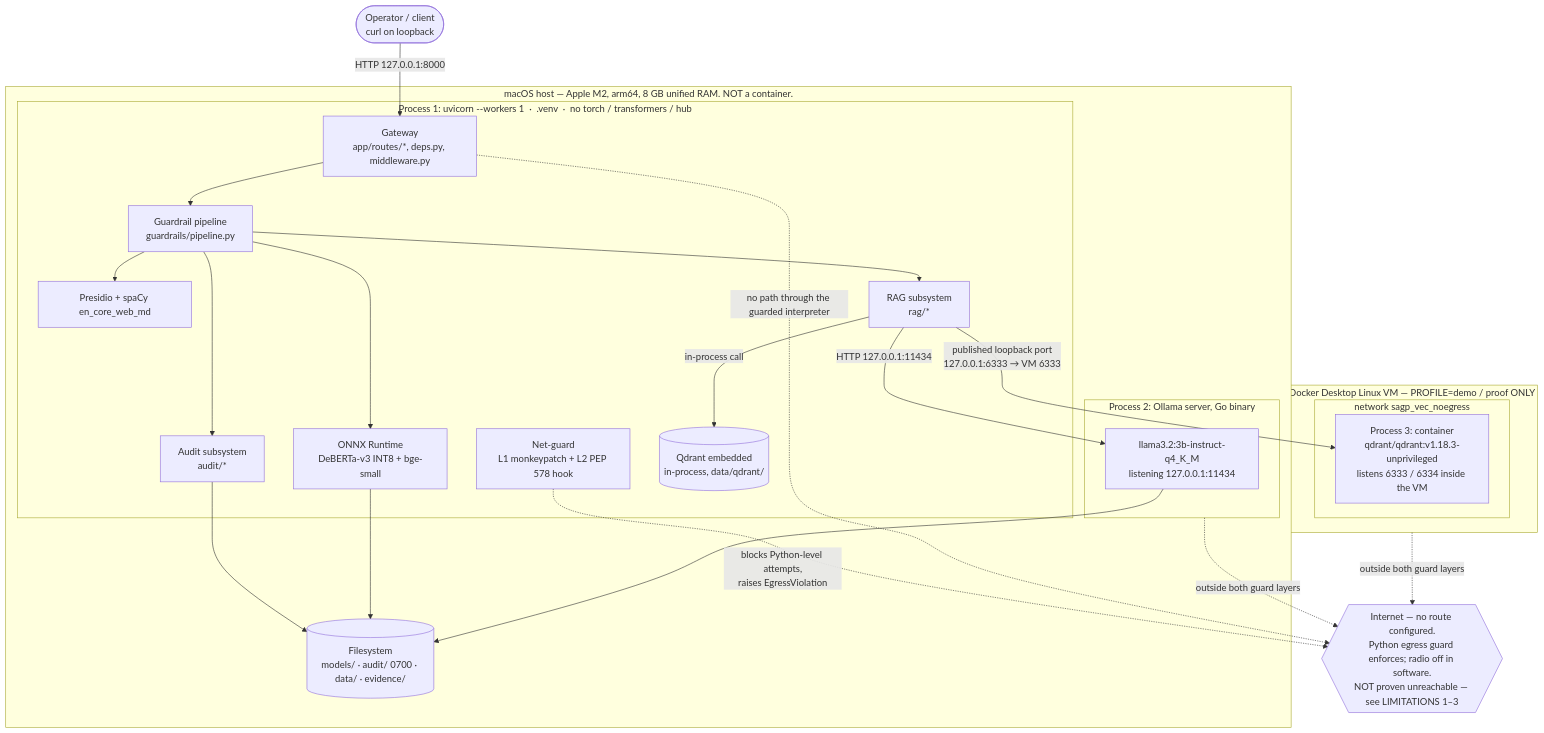
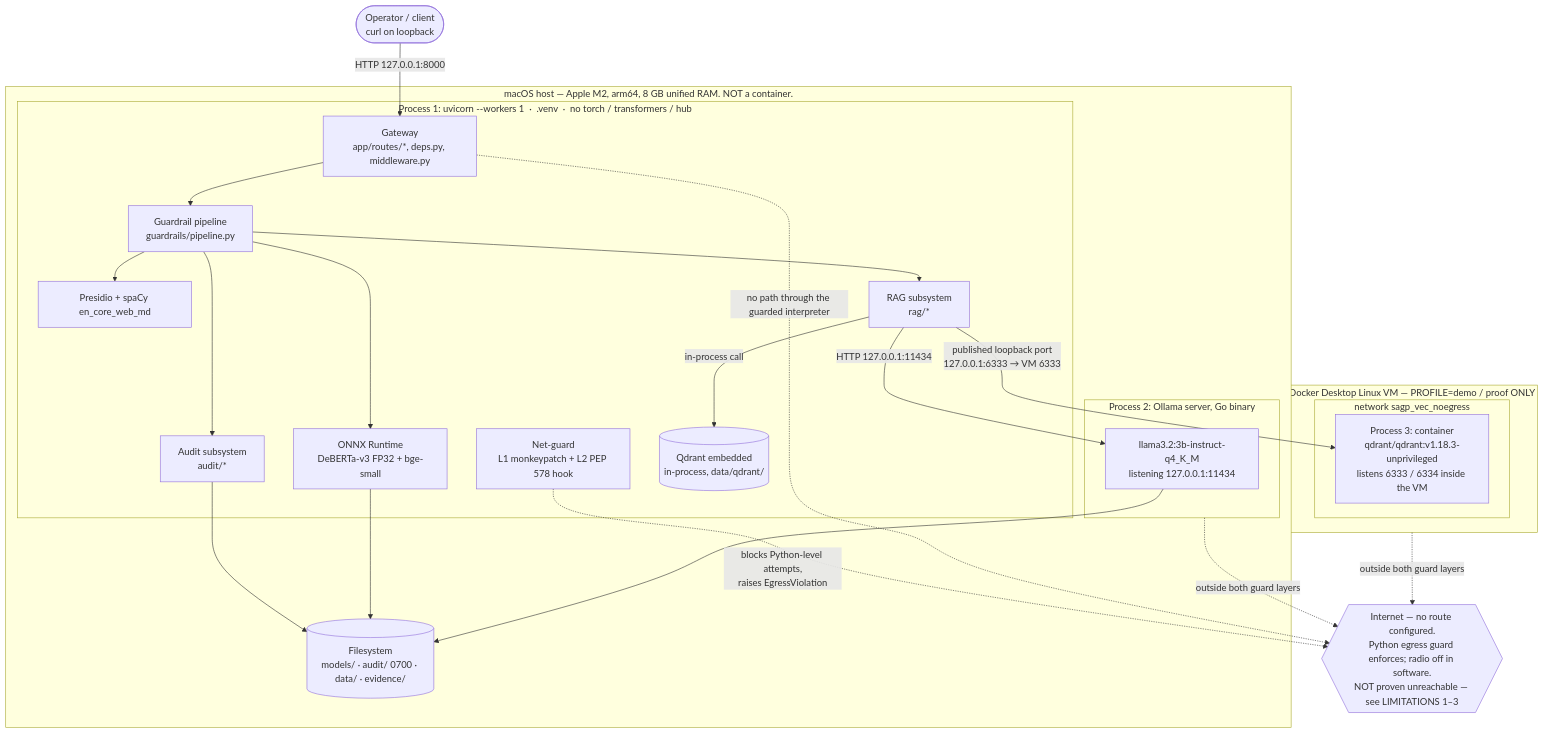
Before and after one commit to Tanishpd/secure-air-gapped-platform-with-integrated-guardrails: the diagram in docs/ARCHITECTURE.md, drawn with Mermaid. The commit also changed other lines of this file and 20 other files, not shown here.

````diff
--- a/docs/ARCHITECTURE.md
+++ b/docs/ARCHITECTURE.md
@@ -48,47 +51,47 @@
 ```mermaid
 flowchart TB
     OP(["Operator / client<br/>curl on loopback"])
 
     subgraph HOST["macOS host — Apple M2, arm64, 8 GB unified RAM. NOT a container."]
         subgraph UVI["Process 1: uvicorn --workers 1 &nbsp;·&nbsp; .venv &nbsp;·&nbsp; no torch / transformers / hub"]
             GW["Gateway<br/>app/routes/*, deps.py, middleware.py"]
             GP["Guardrail pipeline<br/>guardrails/pipeline.py"]
-            ORT["ONNX Runtime<br/>DeBERTa-v3 INT8 + bge-small"]
+            ORT["ONNX Runtime<br/>DeBERTa-v3 FP32 + bge-small"]
             PRE["Presidio + spaCy en_core_web_md"]
             RAGX["RAG subsystem<br/>rag/*"]
             AUD["Audit subsystem<br/>audit/*"]
             NG["Net-guard<br/>L1 monkeypatch + L2 PEP 578 hook"]
             EQD[("Qdrant embedded<br/>in-process, data/qdrant/")]
         end
 
         subgraph OLLP["Process 2: Ollama server, Go binary"]
             LLM["llama3.2:3b-instruct-q4_K_M<br/>listening 127.0.0.1:11434"]
         end
 
         FS[("Filesystem<br/>models/ · audit/ 0700 · data/ · evidence/")]
     end
 
     subgraph DOCK["Docker Desktop Linux VM — PROFILE=demo / proof ONLY"]
         subgraph QNET["network sagp_vec_noegress"]
             QC["Process 3: container<br/>qdrant/qdrant:v1.18.3-unprivileged<br/>listens 6333 / 6334 inside the VM"]
         end
     end
 
     NET{{"Internet — no route configured.<br/>Python egress guard enforces; radio off in software.<br/>NOT proven unreachable — see LIMITATIONS 1–3"}}
 
     OP -->|"HTTP 127.0.0.1:8000"| GW
     GW --> GP --> RAGX
     GP --> ORT
     GP --> PRE
     GP --> AUD
     RAGX -->|"in-process call"| EQD
     RAGX -->|"HTTP 127.0.0.1:11434"| LLM
     RAGX -->|"published loopback port<br/>127.0.0.1:6333 → VM 6333"| QC
     AUD --> FS
     ORT --> FS
     LLM --> FS
     NG -.->|"blocks Python-level attempts,<br/>raises EgressViolation"| NET
     GW -.->|"no path through the guarded interpreter"| NET
     OLLP -.->|"outside both guard layers"| NET
     DOCK -.->|"outside both guard layers"| NET
 ```
````
